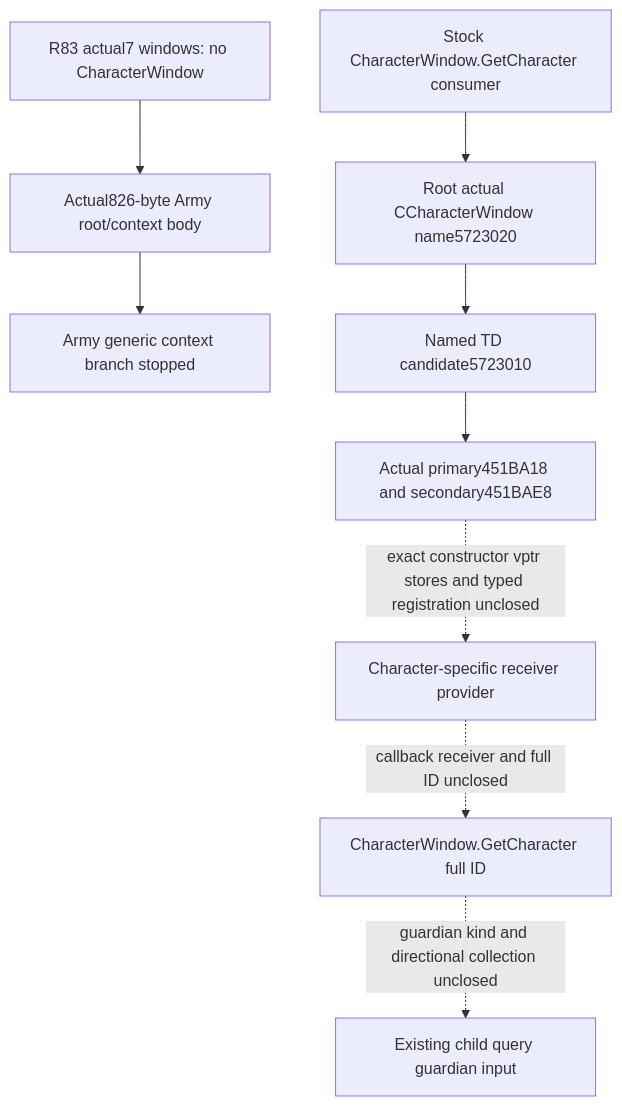
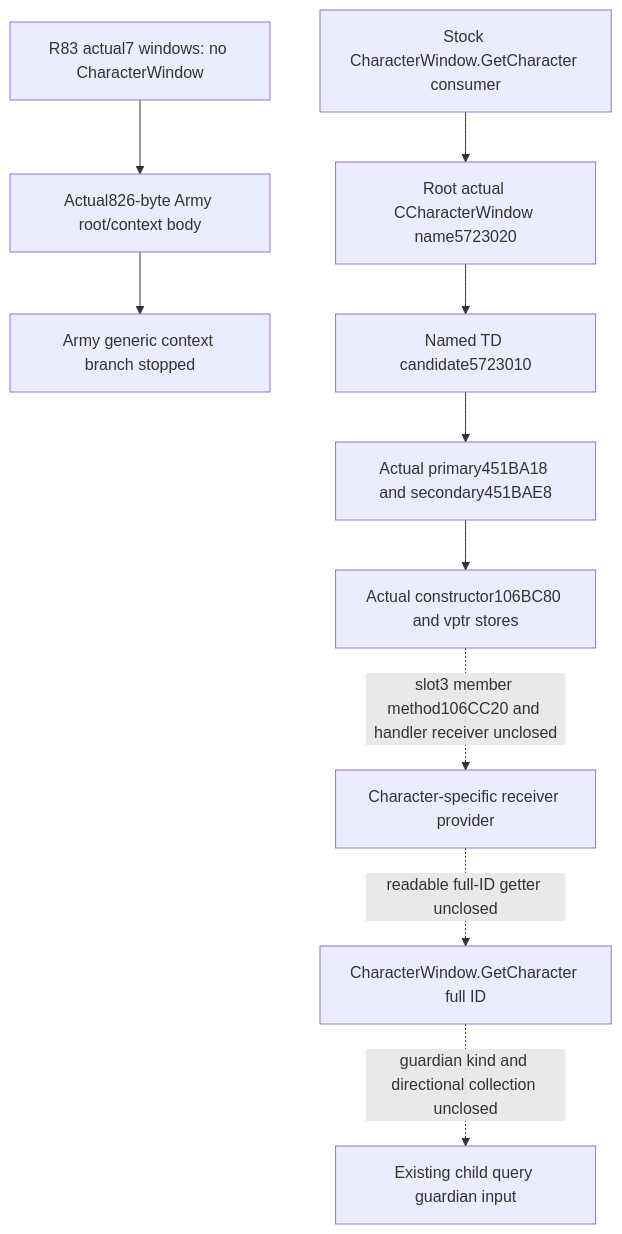
Before and after one commit to XenoAmess/ck3_eternal_recurrence: the first of 2 diagrams in docs/ck3-native-ai/character-window-guardian-native-provider-12004.md, drawn with Mermaid. The commit also changed other lines of this file, not shown here.

Commit message:
Close CharacterWindow construction and isolate the next member entry

````diff
--- a/docs/ck3-native-ai/character-window-guardian-native-provider-12004.md
+++ b/docs/ck3-native-ai/character-window-guardian-native-provider-12004.md
@@ -307,11 +340,12 @@
 ```mermaid
 flowchart TD
   S[R83 actual7 windows: no CharacterWindow] --> A[Actual826-byte Army root/context body]
   A --> X[Army generic context branch stopped]
   G[Stock CharacterWindow.GetCharacter consumer] --> N[Root actual CCharacterWindow name5723020]
   N --> T[Named TD candidate5723010]
   T --> V[Actual primary451BA18 and secondary451BAE8]
-  V -. exact constructor vptr stores and typed registration unclosed .-> R[Character-specific receiver provider]
-  R -. callback receiver and full ID unclosed .-> C[CharacterWindow.GetCharacter full ID]
+  V --> K[Actual constructor106BC80 and vptr stores]
+  K -. slot3 member method106CC20 and handler receiver unclosed .-> R[Character-specific receiver provider]
+  R -. readable full-ID getter unclosed .-> C[CharacterWindow.GetCharacter full ID]
   C -. guardian kind and directional collection unclosed .-> H[Existing child query guardian input]
 ```
````
